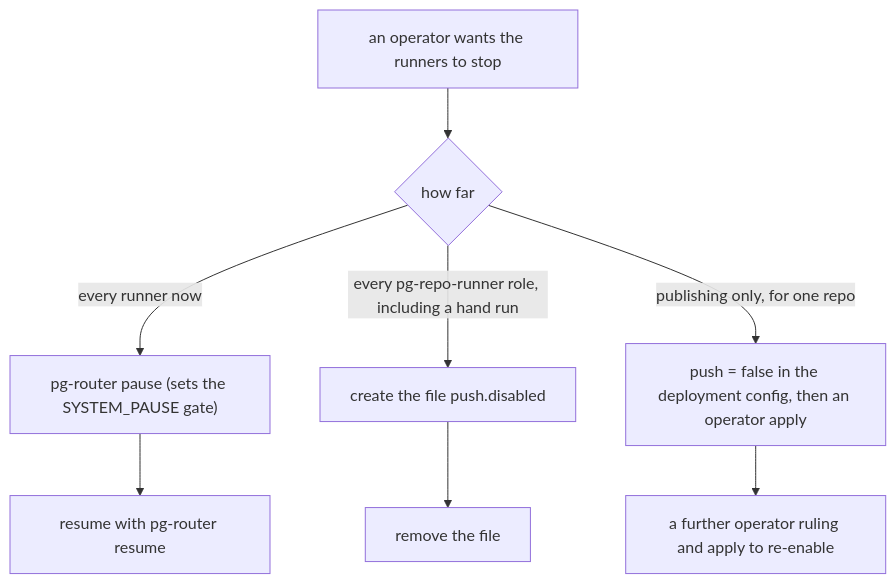
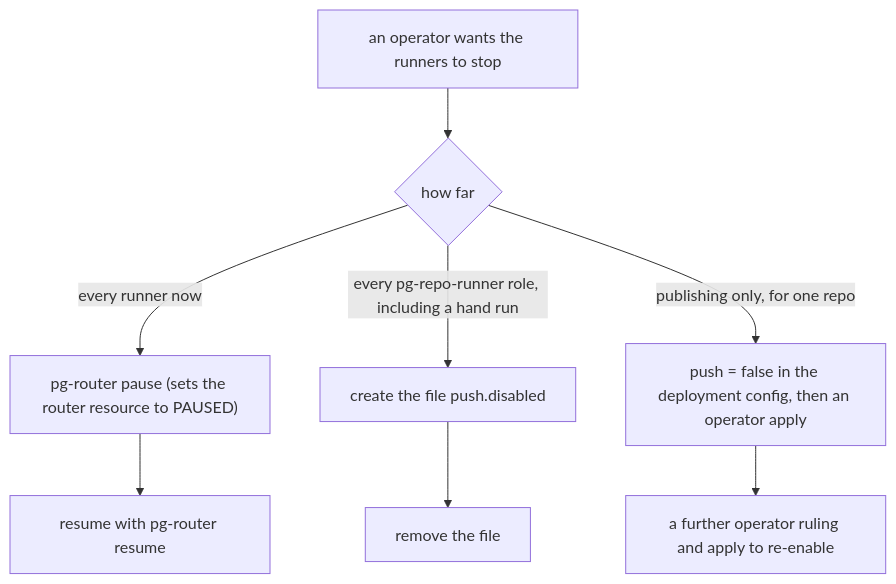
The first of 2 diagrams in docs/runbooks/pg-repo-runner.md (phillipgreenii/nix-agent-support), drawn with Mermaid before and after one commit. The commit also changed other lines of this file and 26 other files, not shown here.

First line of the commit message:
docs: convert remaining gate wording to resource levels

````diff
--- a/docs/runbooks/pg-repo-runner.md
+++ b/docs/runbooks/pg-repo-runner.md
@@ -104,10 +104,10 @@
 ```mermaid
 flowchart TD
   S["an operator wants the runners to stop"] --> A{"how far"}
-  A -->|"every runner now"| P["pg-router pause (sets the SYSTEM_PAUSE gate)"]
+  A -->|"every runner now"| P["pg-router pause (sets the router resource to PAUSED)"]
   A -->|"every pg-repo-runner role, including a hand run"| F["create the file push.disabled"]
   A -->|"publishing only, for one repo"| C["push = false in the deployment config, then an operator apply"]
   P --> R1["resume with pg-router resume"]
   F --> R2["remove the file"]
   C --> R3["a further operator ruling and apply to re-enable"]
 ```
````
